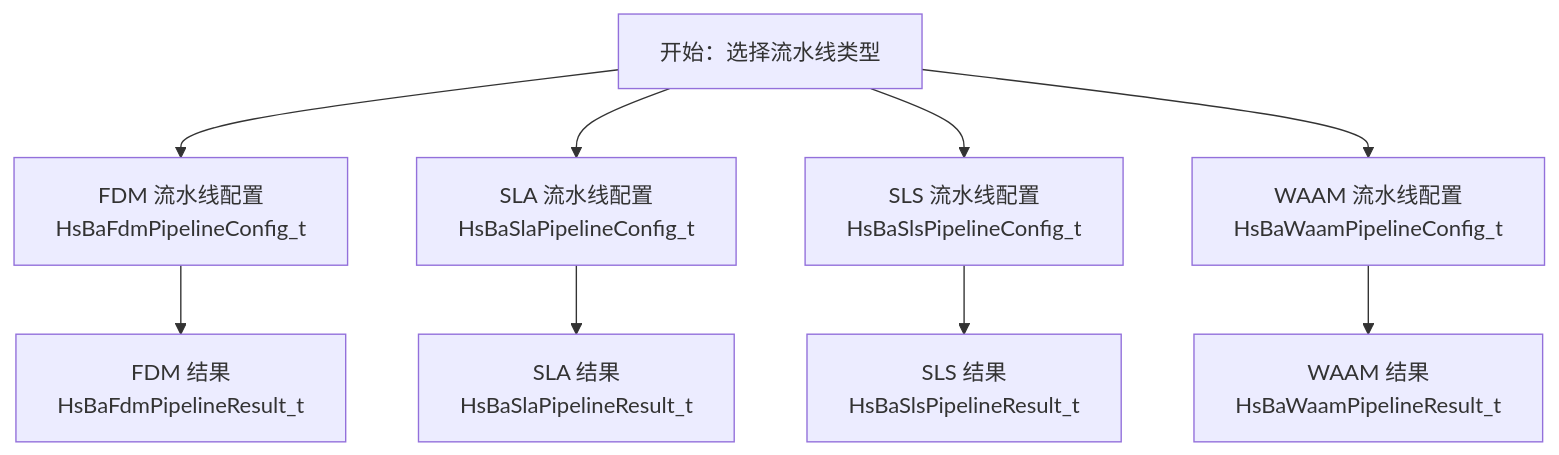
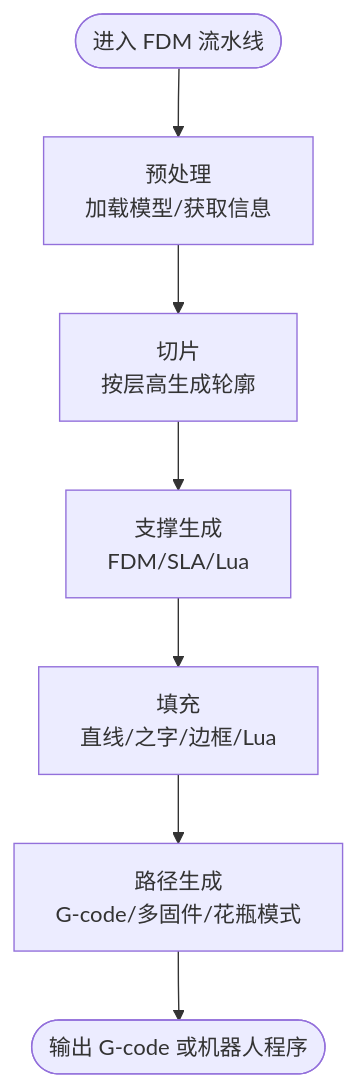
One commit to hsmbanlance/HsBaSlicer changed the fourth of 7 diagrams in .qoder/repowiki/zh/content/核心概念/核心概念.md. Above: the diagram before and after it, drawn with Mermaid. The commit also changed other lines of this file and 1095 other files, not shown here.

````diff
--- a/.qoder/repowiki/zh/content/核心概念/核心概念.md
+++ b/.qoder/repowiki/zh/content/核心概念/核心概念.md
@@ -176,11 +293,9 @@
 ```mermaid
 flowchart TD
-Start["开始：选择流水线类型"] --> FDM["FDM 流水线配置<br/>HsBaFdmPipelineConfig_t"]
-Start --> SLA["SLA 流水线配置<br/>HsBaSlaPipelineConfig_t"]
-Start --> SLS["SLS 流水线配置<br/>HsBaSlsPipelineConfig_t"]
-Start --> WAAM["WAAM 流水线配置<br/>HsBaWaamPipelineConfig_t"]
-FDM --> ResultFDM["FDM 结果<br/>HsBaFdmPipelineResult_t"]
-SLA --> ResultSLA["SLA 结果<br/>HsBaSlaPipelineResult_t"]
-SLS --> ResultSLS["SLS 结果<br/>HsBaSlsPipelineResult_t"]
-WAAM --> ResultWAAM["WAAM 结果<br/>HsBaWaamPipelineResult_t"]
+Start(["进入 FDM 流水线"]) --> Pre["预处理<br/>加载模型/获取信息"]
+Pre --> Slice["切片<br/>按层高生成轮廓"]
+Slice --> Supp["支撑生成<br/>FDM/SLA/Lua"]
+Supp --> Fill["填充<br/>直线/之字/边框/Lua"]
+Fill --> Path["路径生成<br/>G-code/多固件/花瓶模式"]
+Path --> End(["输出 G-code 或机器人程序"])
 ```
````
